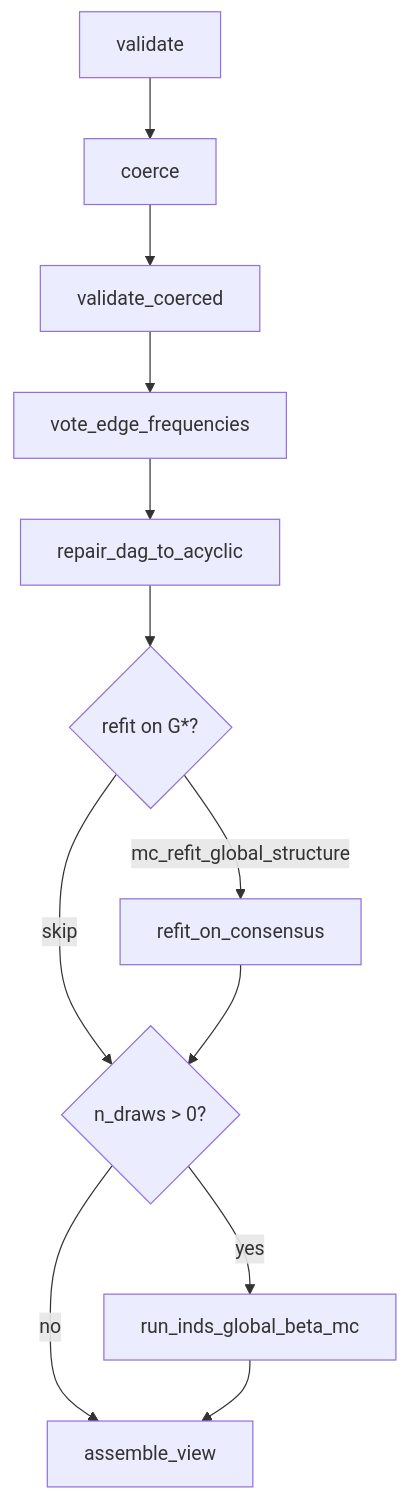
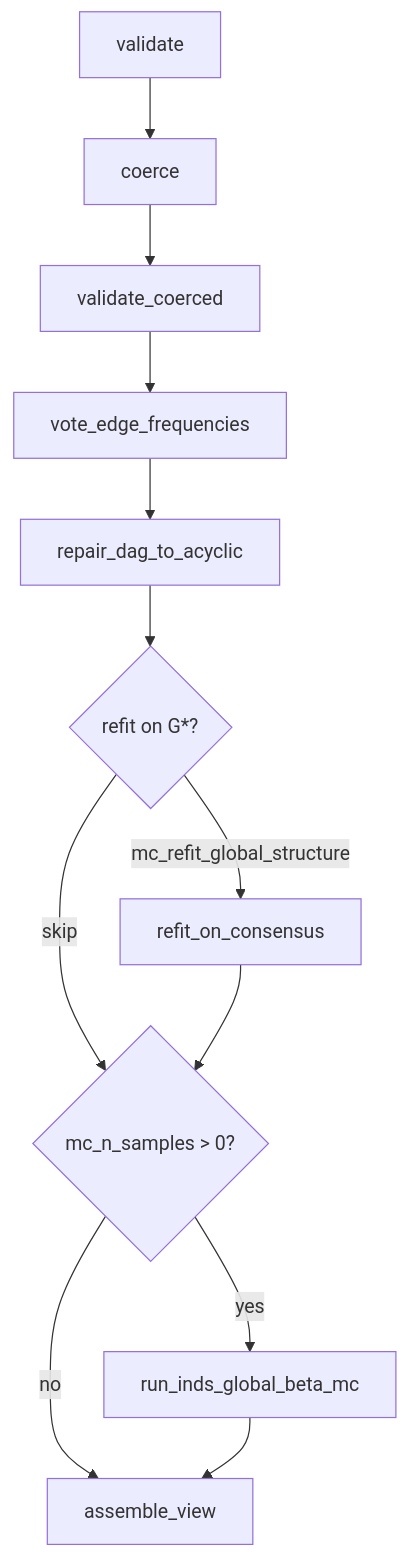
Before and after one commit to maods2/mdmp: the first of 5 diagrams in mdmp/group_analysis/inds/aggregation_diagrams.md, drawn with Mermaid. The commit also changed other lines of this file and 20 other files, not shown here.

First line of the commit message:
Update individual structure aggregation to use `mc_n_samples` instead of `n_draws`

````diff
--- a/mdmp/group_analysis/inds/aggregation_diagrams.md
+++ b/mdmp/group_analysis/inds/aggregation_diagrams.md
@@ -30,14 +30,14 @@
 ```mermaid
 flowchart TD
   V[validate] --> C[coerce]
   C --> VC[validate_coerced]
   VC --> Vote[vote_edge_frequencies]
   Vote --> Repair[repair_dag_to_acyclic]
   Repair --> Refit{refit on G*?}
   Refit -->|mc_refit_global_structure| R[refit_on_consensus]
-  Refit -->|skip| MCgate{n_draws > 0?}
+  Refit -->|skip| MCgate{mc_n_samples > 0?}
   R --> MCgate
   MCgate -->|yes| MC[run_inds_global_beta_mc]
   MCgate -->|no| Asm[assemble_view]
   MC --> Asm
 ```
````
